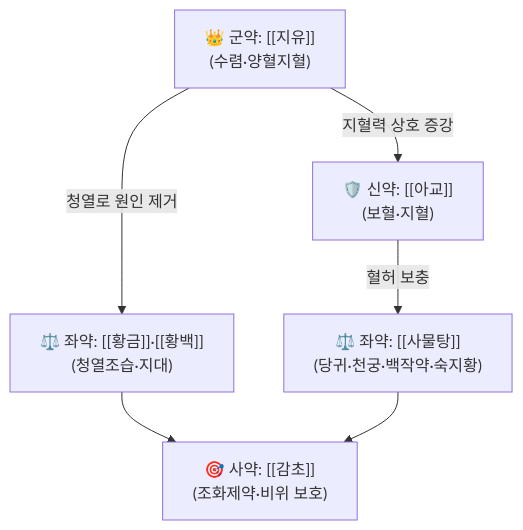
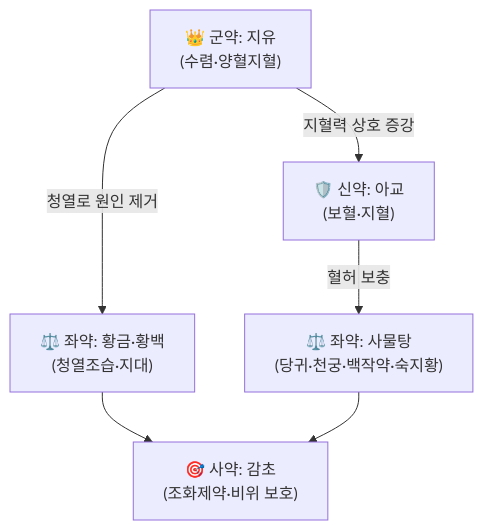
One commit to simbio11/simbio-digital-garden2 changed the diagram in content/2. 약리 공부/처방/05_활혈거어·지혈제/가미석홍전.md. Above: the diagram before and after it, drawn with Mermaid. The commit also changed other lines of this file and 122 other files, not shown here.

````diff
--- a/content/2. 약리 공부/처방/05_활혈거어·지혈제/가미석홍전.md
+++ b/content/2. 약리 공부/처방/05_활혈거어·지혈제/가미석홍전.md
@@ -69,8 +70,8 @@
 ```mermaid
 graph TD
-    Gun["👑 군약: [[지유]]<br>(수렴·양혈지혈)"] -->|지혈력 상호 증강| Sin["🛡️ 신약: [[아교]]<br>(보혈·지혈)"]
-    Gun -->|청열로 원인 제거| Jwa1["⚖️ 좌약: [[황금]]·[[황백]]<br>(청열조습·지대)"]
-    Sin -->|혈허 보충| Jwa2["⚖️ 좌약: [[사물탕]]<br>(당귀·천궁·백작약·숙지황)"]
-    Jwa1 --> Sa["🎯 사약: [[감초]]<br>(조화제약·비위 보호)"]
+    Gun["👑 군약: 지유<br>(수렴·양혈지혈)"] -->|지혈력 상호 증강| Sin["🛡️ 신약: 아교<br>(보혈·지혈)"]
+    Gun -->|청열로 원인 제거| Jwa1["⚖️ 좌약: 황금·황백<br>(청열조습·지대)"]
+    Sin -->|혈허 보충| Jwa2["⚖️ 좌약: 사물탕<br>(당귀·천궁·백작약·숙지황)"]
+    Jwa1 --> Sa["🎯 사약: 감초<br>(조화제약·비위 보호)"]
     Jwa2 --> Sa
 ```
````
